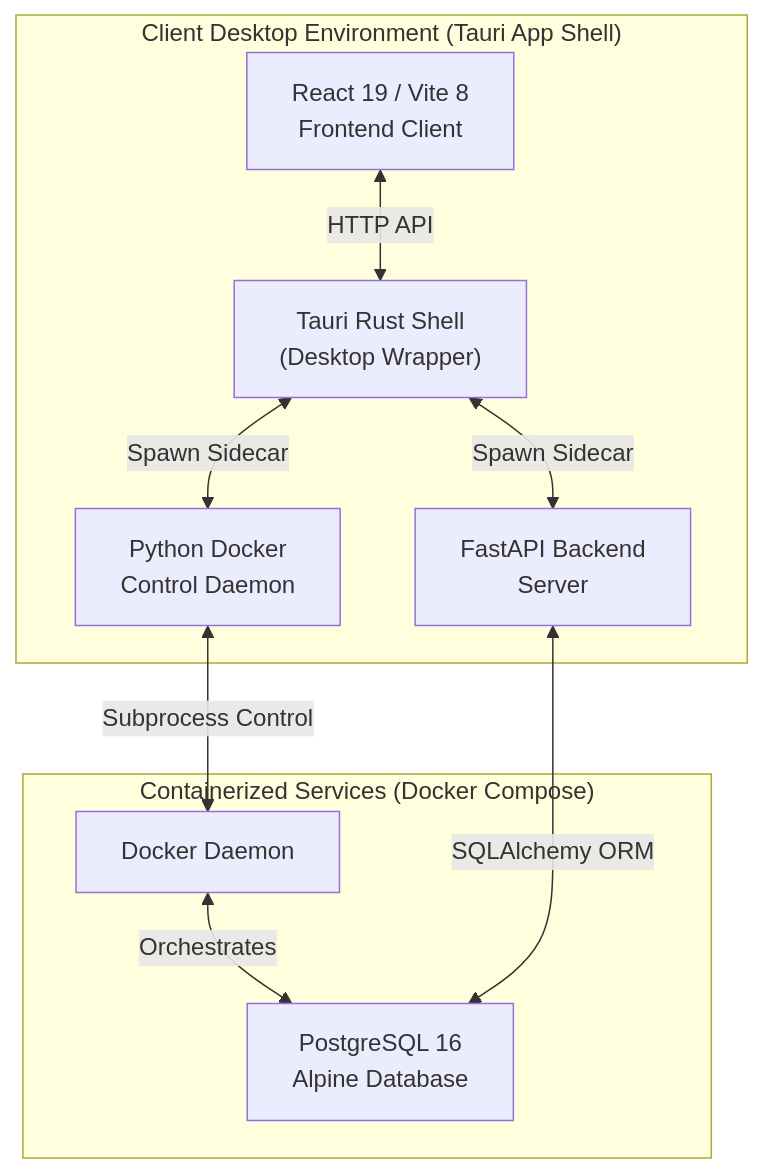
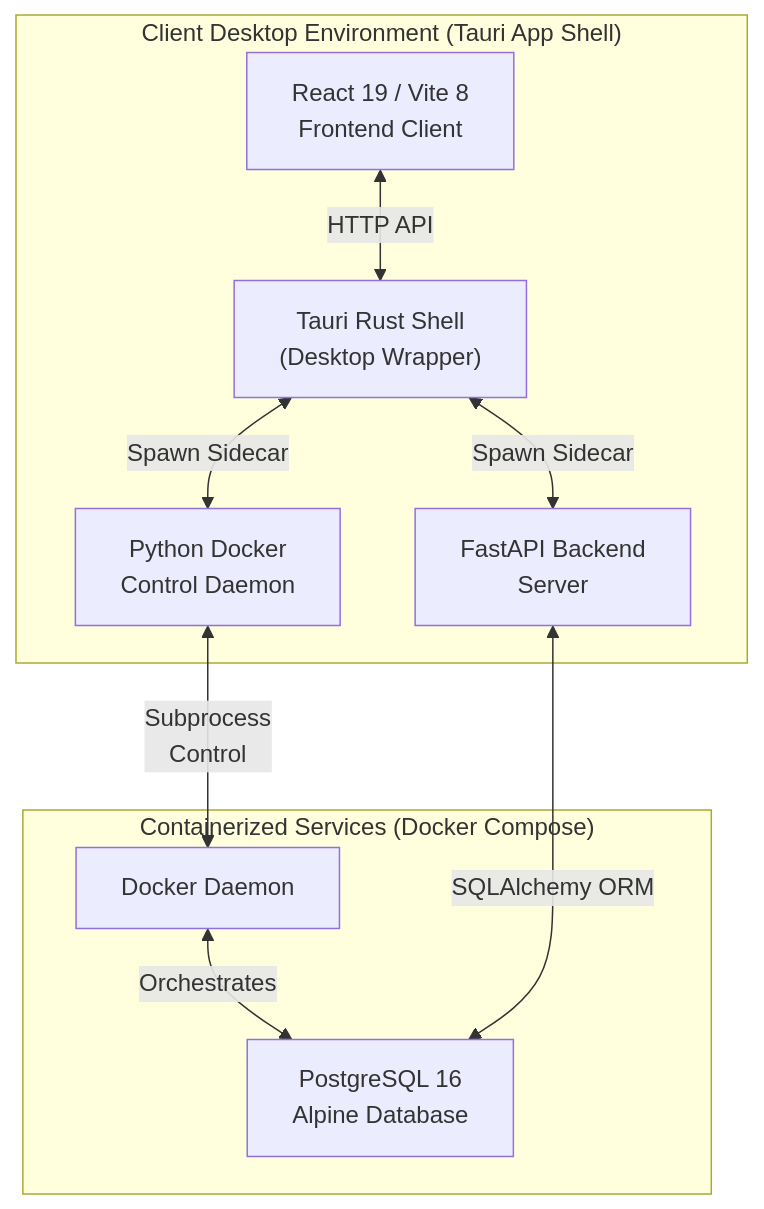
Before and after one commit to Ramasamy15012004/Industrial-ERP-desktop-suite: the diagram in README.md, drawn with Mermaid.

Commit message:
Fix Subprocess Control label overlap in Mermaid diagram

````diff
--- a/README.md
+++ b/README.md
@@ -17,14 +17,14 @@
 ```mermaid
 graph TD
     subgraph "Client Desktop Environment (Tauri App Shell)"
         A["React 19 / Vite 8<br/>Frontend Client"] <-->|HTTP API| B["Tauri Rust Shell<br/>(Desktop Wrapper)"]
         B <-->|Spawn Sidecar| C["Python Docker<br/>Control Daemon"]
         B <-->|Spawn Sidecar| D["FastAPI Backend<br/>Server"]
     end
 
     subgraph "Containerized Services (Docker Compose)"
-        C <-->|Subprocess Control| E["Docker Daemon"]
+        C <-->|"Subprocess<br/>Control"| E["Docker Daemon"]
         E <-->|Orchestrates| F["PostgreSQL 16<br/>Alpine Database"]
         D <-->|SQLAlchemy ORM| F
     end
 ```
````
